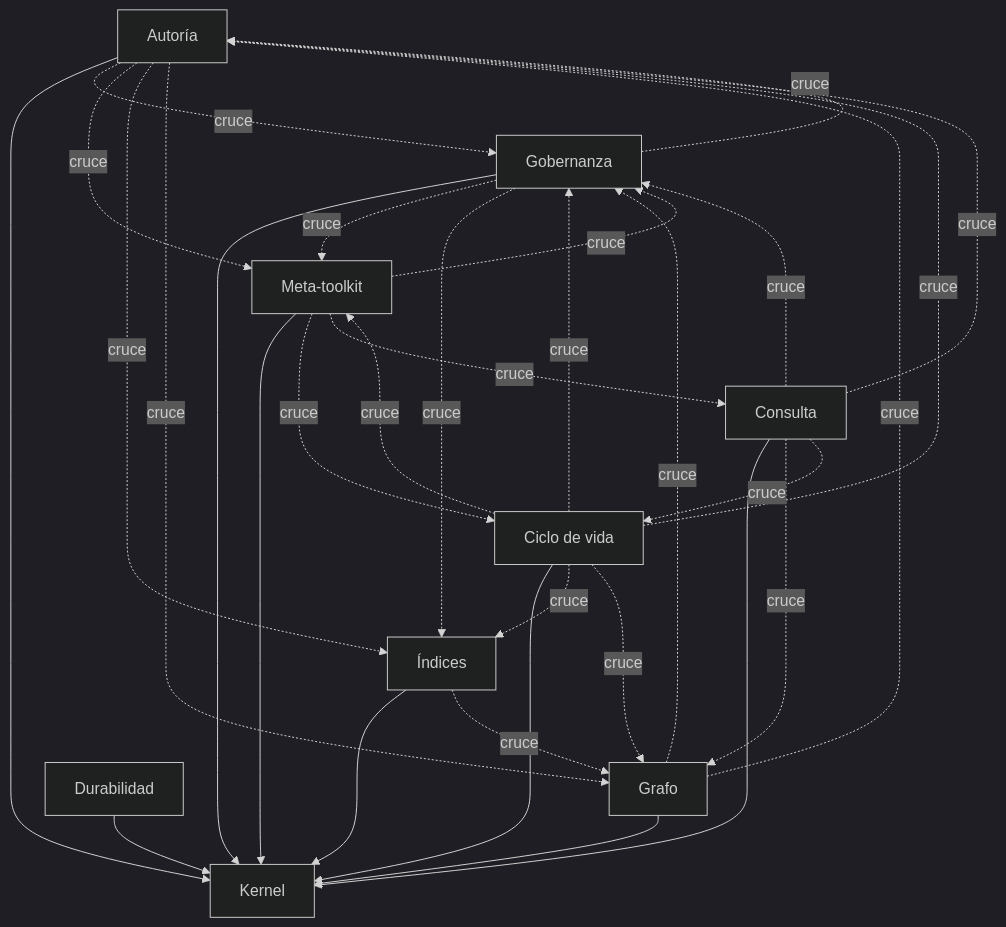
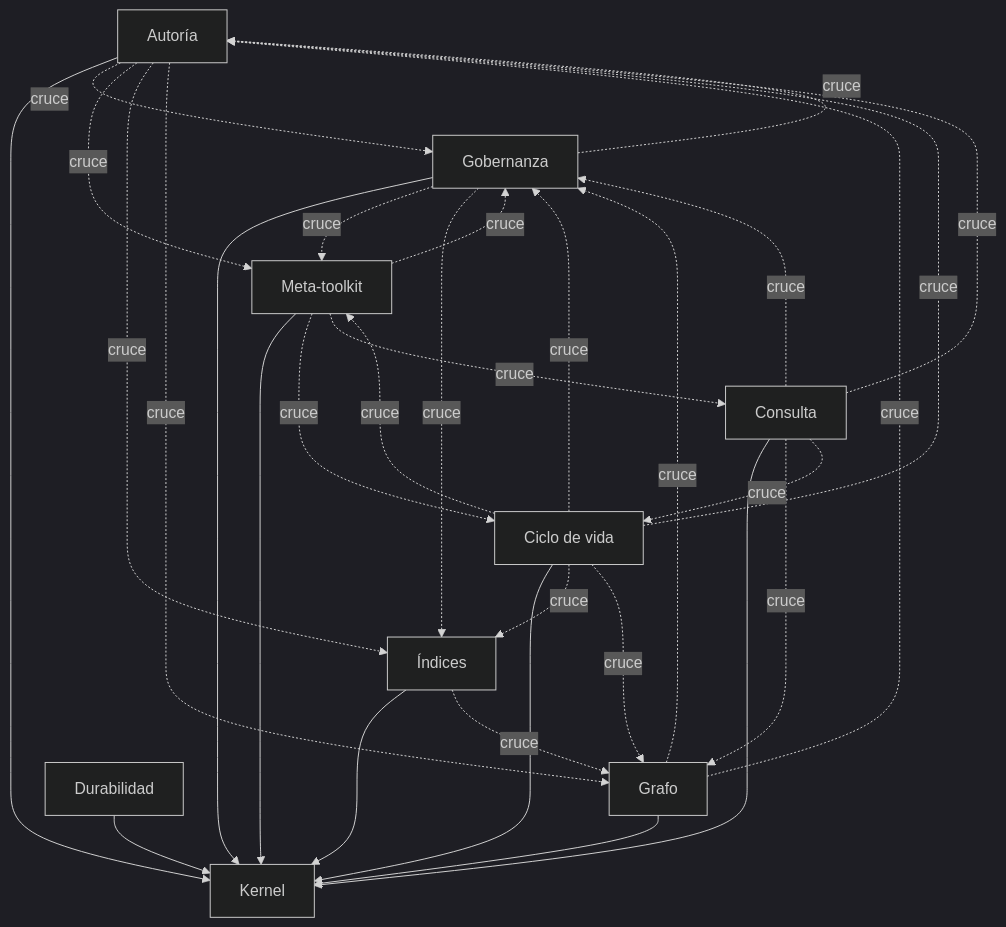
The diagram in docs/ARQUITECTURA.md (devcicm/Vault-Obsidian-Architecture), drawn with Mermaid (dark theme) before and after one commit. The commit also changed other lines of this file and 42 other files, not shown here.

````diff
--- a/docs/ARQUITECTURA.md
+++ b/docs/ARQUITECTURA.md
@@ -17,42 +17,42 @@
 ```mermaid
 graph TD
     kernel["Kernel"]
     autoria["Autoría"]
     grafo["Grafo"]
     gobernanza["Gobernanza"]
     indices["Índices"]
     consulta["Consulta"]
     ciclo_de_vida["Ciclo de vida"]
     durabilidad["Durabilidad"]
     meta_toolkit["Meta-toolkit"]
     autoria --> kernel
     grafo --> kernel
     gobernanza --> kernel
     indices --> kernel
     consulta --> kernel
     ciclo_de_vida --> kernel
     durabilidad --> kernel
     meta_toolkit --> kernel
+    meta_toolkit -.->|cruce| gobernanza
     autoria -.->|cruce| gobernanza
     meta_toolkit -.->|cruce| ciclo_de_vida
     grafo -.->|cruce| gobernanza
     grafo -.->|cruce| autoria
     consulta -.->|cruce| autoria
-    meta_toolkit -.->|cruce| gobernanza
     meta_toolkit -.->|cruce| consulta
     gobernanza -.->|cruce| meta_toolkit
     gobernanza -.->|cruce| indices
     gobernanza -.->|cruce| autoria
     ciclo_de_vida -.->|cruce| gobernanza
     ciclo_de_vida -.->|cruce| indices
     ciclo_de_vida -.->|cruce| autoria
     consulta -.->|cruce| gobernanza
     ciclo_de_vida -.->|cruce| grafo
     ciclo_de_vida -.->|cruce| meta_toolkit
     consulta -.->|cruce| grafo
     autoria -.->|cruce| meta_toolkit
     autoria -.->|cruce| indices
     autoria -.->|cruce| grafo
     consulta -.->|cruce| ciclo_de_vida
     indices -.->|cruce| grafo
 ```
````
